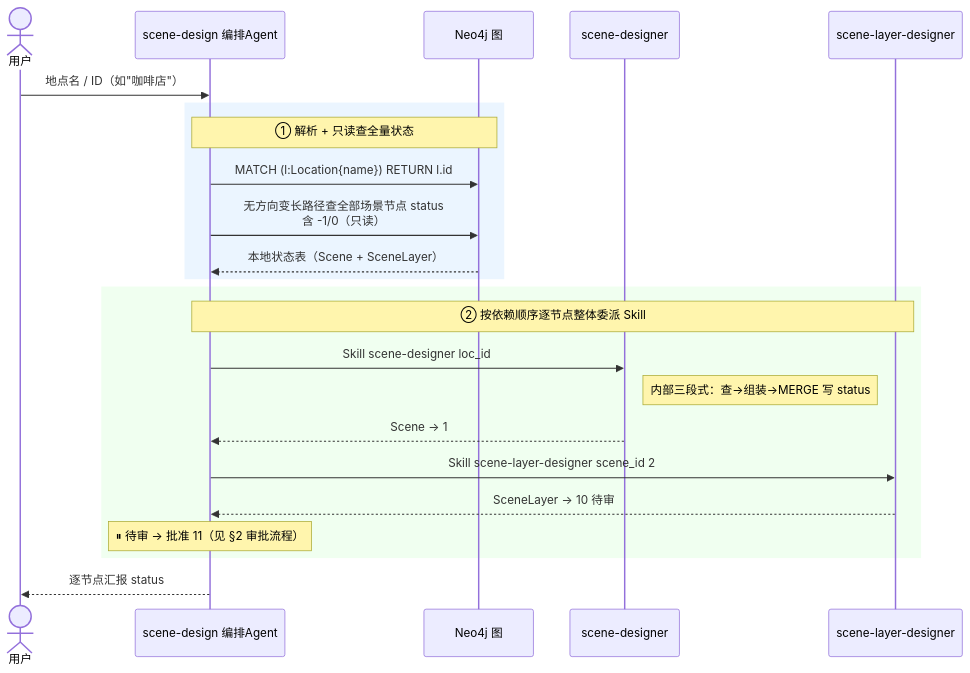
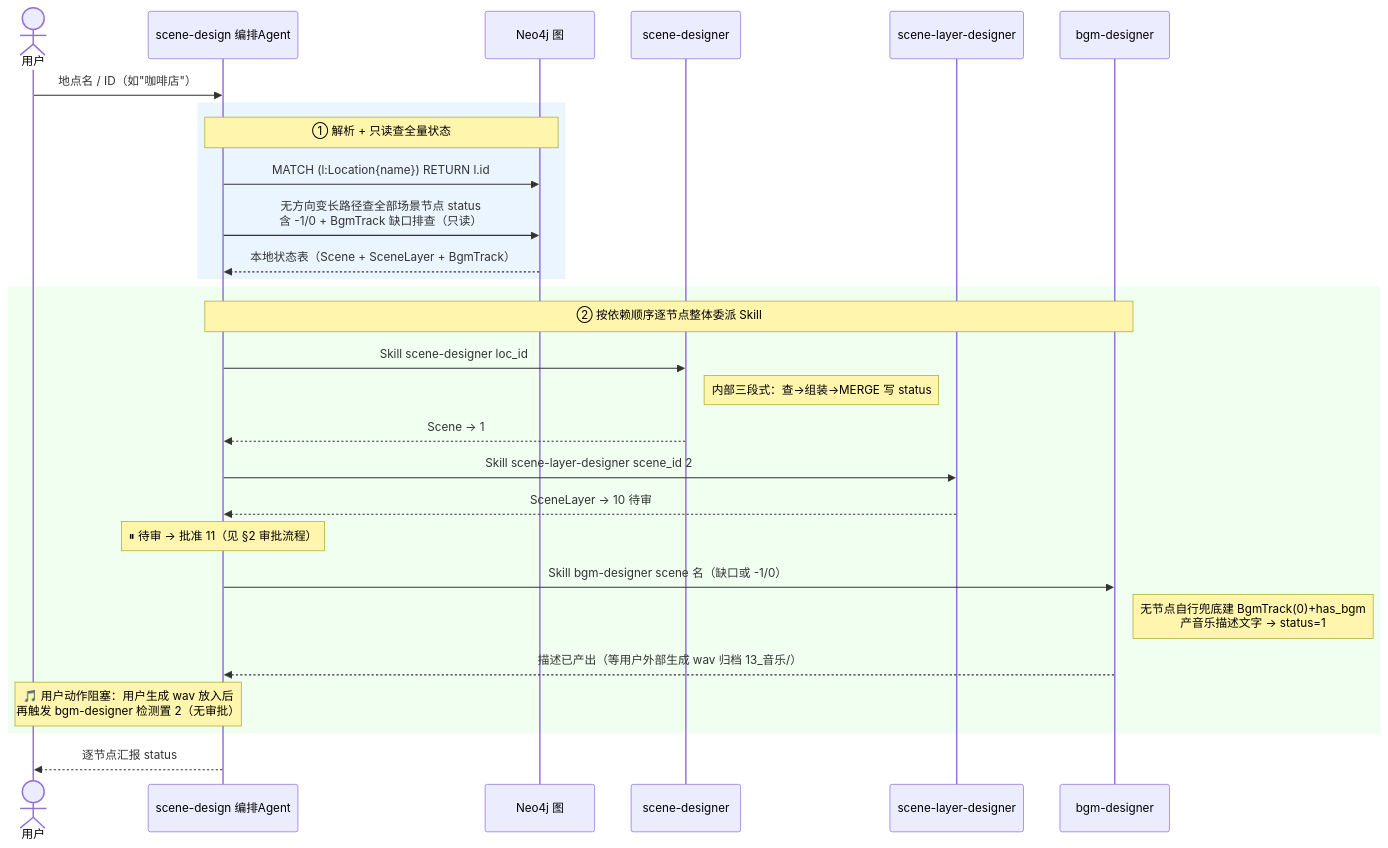
Before and after one commit to CrazyJinn/OtheredGlass: the third of 4 diagrams in README.md, drawn with Mermaid. The commit also changed other lines of this file and 53 other files, not shown here.

````diff
--- a/README.md
+++ b/README.md
@@ -175,30 +176,36 @@
 ```mermaid
 sequenceDiagram
     actor U as 用户
     participant A as scene-design 编排Agent
     participant DB as Neo4j 图
     participant Scene as scene-designer
     participant Layer as scene-layer-designer
+    participant BGM as bgm-designer
 
     U->>A: 地点名 / ID（如"咖啡店"）
 
     rect rgb(235, 245, 255)
     Note over A,DB: ① 解析 + 只读查全量状态
     A->>DB: MATCH (l:Location{name}) RETURN l.id
-    A->>DB: 无方向变长路径查全部场景节点 status<br/>含 -1/0（只读）
-    DB-->>A: 本地状态表（Scene + SceneLayer）
+    A->>DB: 无方向变长路径查全部场景节点 status<br/>含 -1/0 + BgmTrack 缺口排查（只读）
+    DB-->>A: 本地状态表（Scene + SceneLayer + BgmTrack）
     end
 
     rect rgb(240, 255, 240)
-    Note over A,Layer: ② 按依赖顺序逐节点整体委派 Skill
+    Note over A,BGM: ② 按依赖顺序逐节点整体委派 Skill
     A->>Scene: Skill scene-designer loc_id
     Note right of Scene: 内部三段式：查→组装→MERGE 写 status
     Scene-->>A: Scene → 1
 
     A->>Layer: Skill scene-layer-designer scene_id 2
     Layer-->>A: SceneLayer → 10 待审
     Note over A: ⏸ 待审 → 批准 11（见 §2 审批流程）
+
+    A->>BGM: Skill bgm-designer scene 名（缺口或 -1/0）
+    Note right of BGM: 无节点自行兜底建 BgmTrack(0)+has_bgm<br/>产音乐描述文字 → status=1
+    BGM-->>A: 描述已产出（等用户外部生成 wav 归档 13_音乐/）
+    Note over A,U: 🎵 用户动作阻塞：用户生成 wav 放入后<br/>再触发 bgm-designer 检测置 2（无审批）
     end
 
     A-->>U: 逐节点汇报 status
 ```
````
